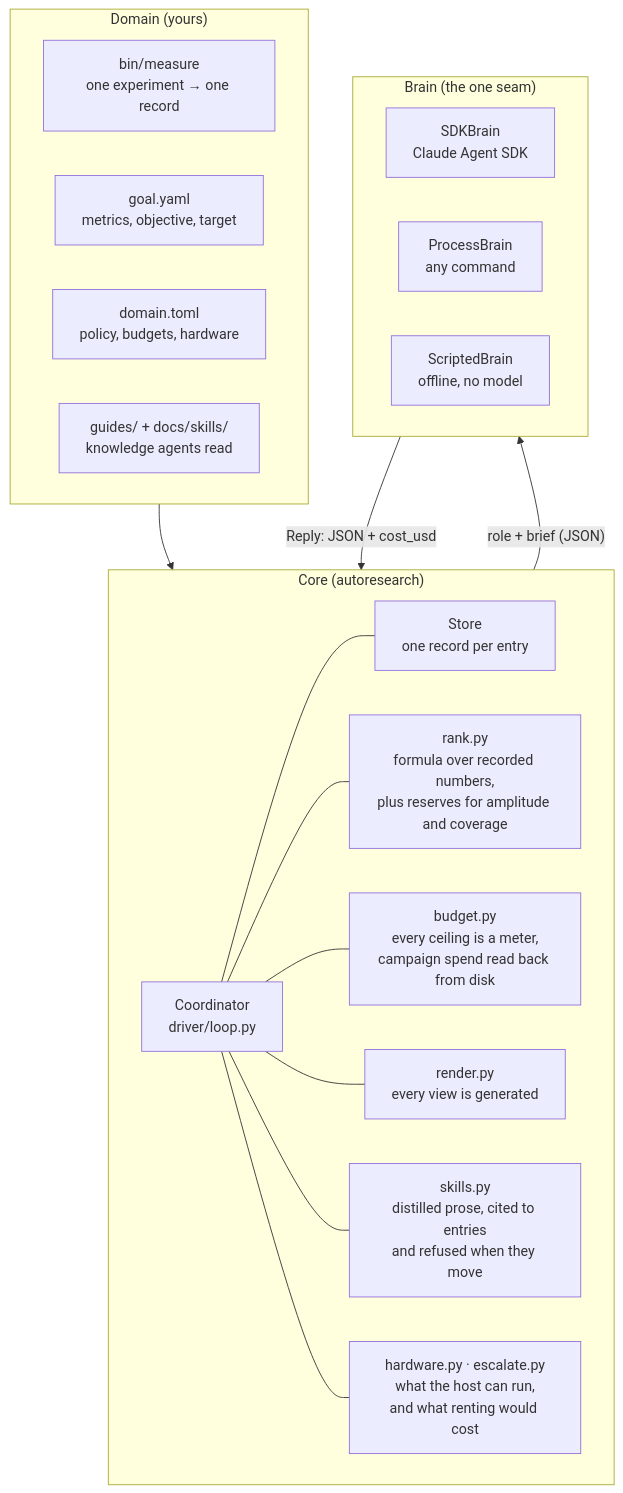
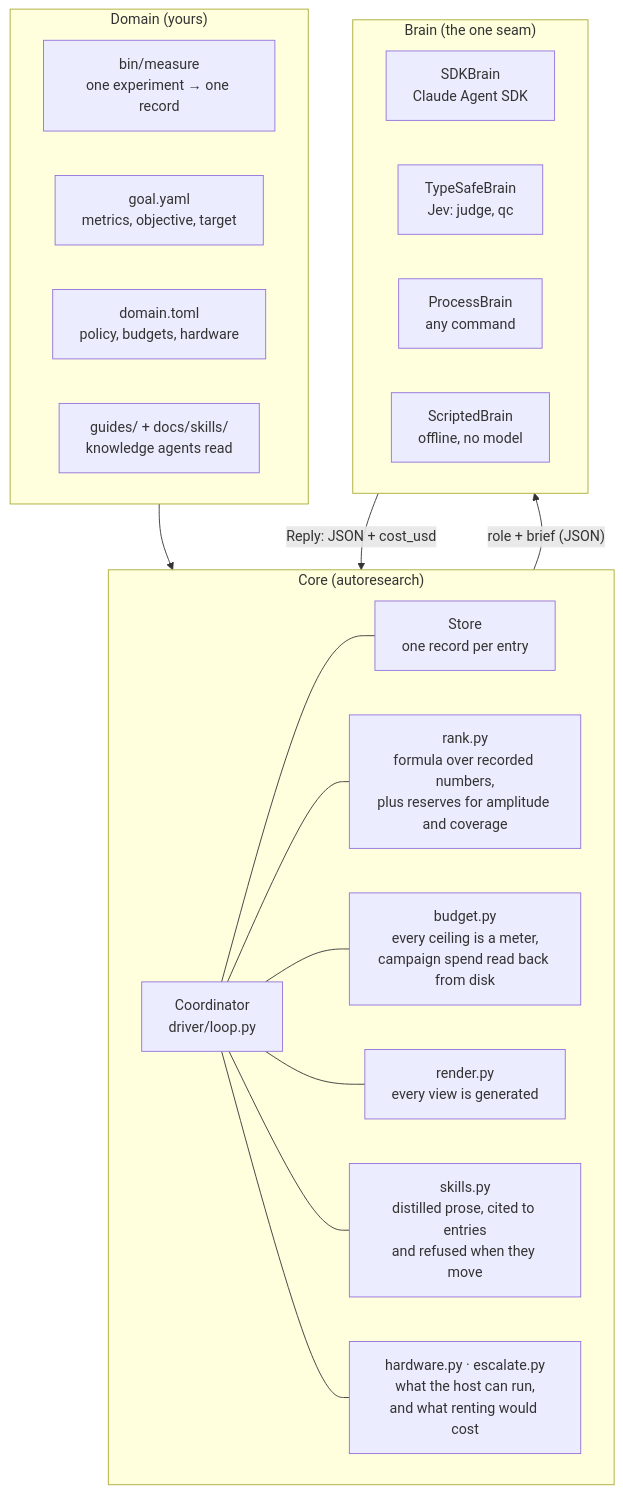
One commit to Ryun1/auto-research-toolkit changed the first of 6 diagrams in docs/ARCHITECTURE.md. Above: the diagram before and after it, drawn with Mermaid. The commit also changed 4 other files, not shown here.

````diff
--- a/docs/ARCHITECTURE.md
+++ b/docs/ARCHITECTURE.md
@@ -18,38 +18,39 @@
 ```mermaid
 flowchart TB
     subgraph domain["Domain (yours)"]
         direction LR
         measure["bin/measure<br/>one experiment → one record"]
         goal["goal.yaml<br/>metrics, objective, target"]
         policy["domain.toml<br/>policy, budgets, hardware"]
         guides["guides/ + docs/skills/<br/>knowledge agents read"]
     end
 
     subgraph core["Core (autoresearch)"]
         direction LR
         coord["Coordinator<br/>driver/loop.py"]
         store["Store<br/>one record per entry"]
         rank["rank.py<br/>formula over recorded numbers,<br/>plus reserves for amplitude and coverage"]
         budget["budget.py<br/>every ceiling is a meter,<br/>campaign spend read back from disk"]
         render["render.py<br/>every view is generated"]
         skills["skills.py<br/>distilled prose, cited to entries<br/>and refused when they move"]
         hw["hardware.py · escalate.py<br/>what the host can run,<br/>and what renting would cost"]
     end
 
     subgraph brainlayer["Brain (the one seam)"]
         direction LR
         sdk["SDKBrain<br/>Claude Agent SDK"]
+        typesafe["TypeSafeBrain<br/>Jev: judge, qc"]
         process["ProcessBrain<br/>any command"]
         scripted["ScriptedBrain<br/>offline, no model"]
     end
 
     domain --> core
     core -->|"role + brief (JSON)"| brainlayer
     brainlayer -->|"Reply: JSON + cost_usd"| core
     coord --- store
     coord --- rank
     coord --- budget
     coord --- render
     coord --- skills
     coord --- hw
 ```
````
